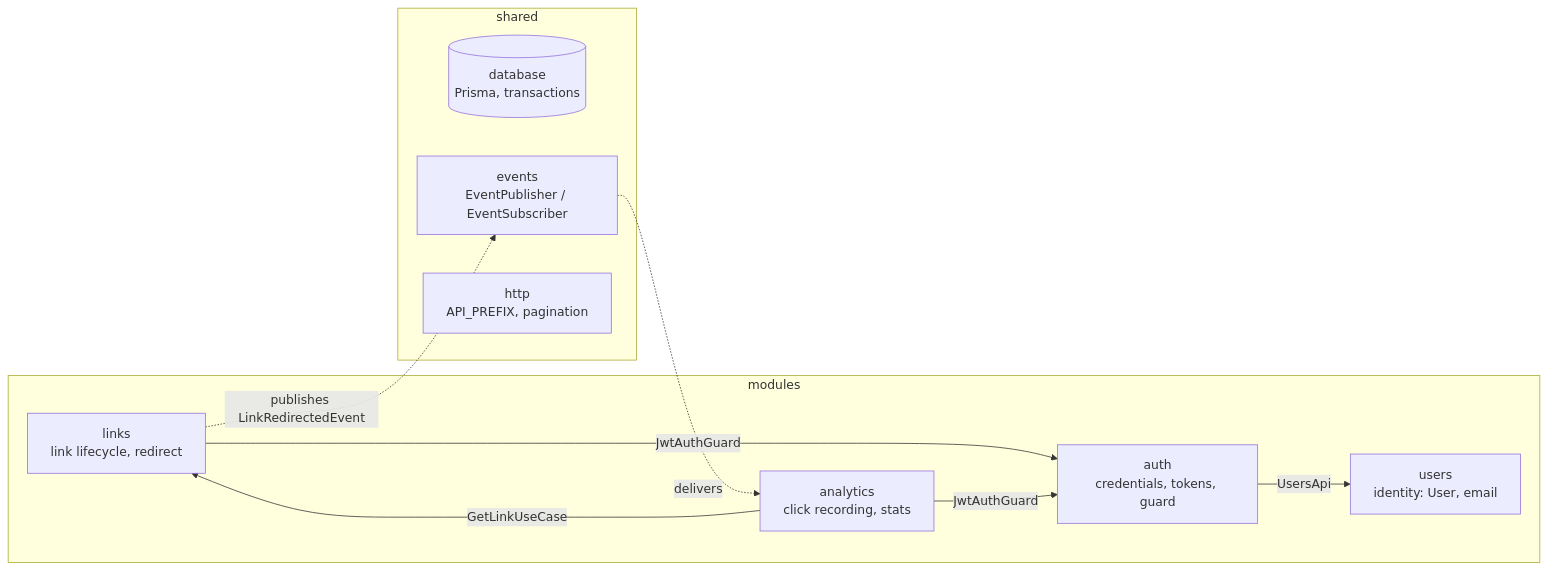
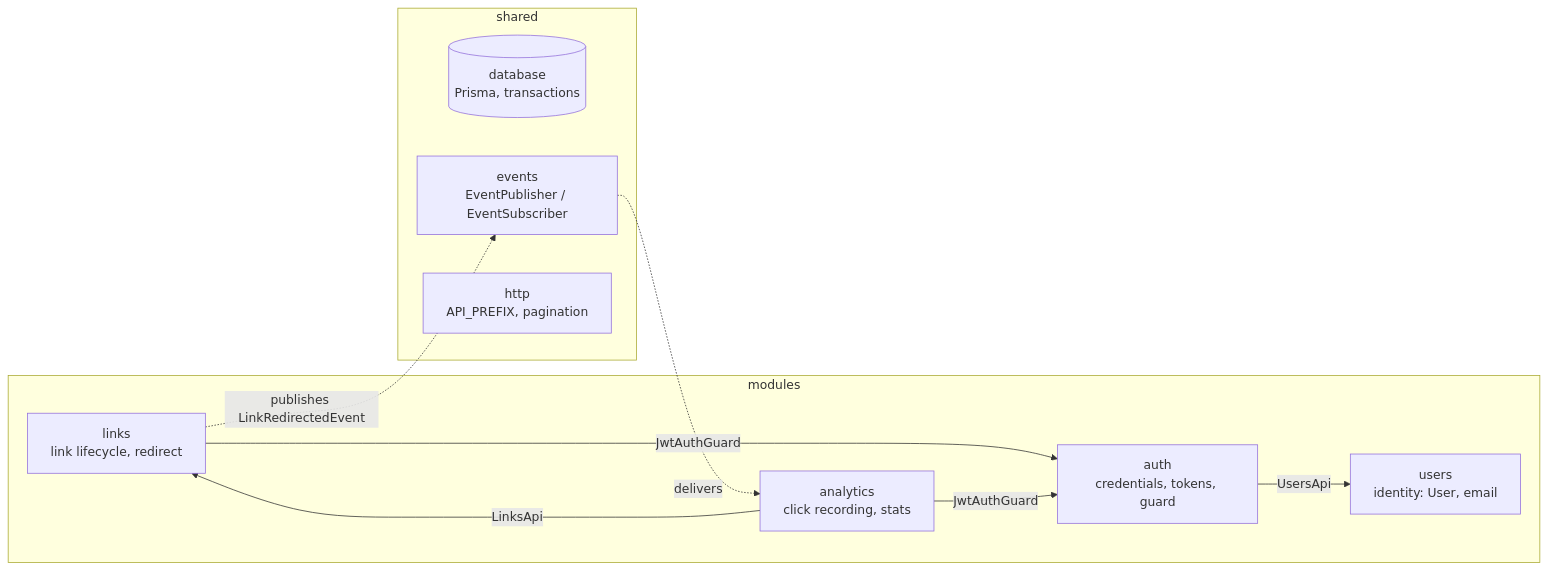
Before and after one commit to redbiiddsun/opsta-assignment: the first of 3 diagrams in README.md, drawn with Mermaid. The commit also changed other lines of this file and 10 other files, not shown here.

First line of the commit message:
feat(links): expose LinksApi contract and document modules as PBCs

````diff
--- a/README.md
+++ b/README.md
@@ -60,21 +61,21 @@
 ```mermaid
 flowchart LR
   subgraph modules
     users[users<br/>identity: User, email]
     auth[auth<br/>credentials, tokens, guard]
     links[links<br/>link lifecycle, redirect]
     analytics[analytics<br/>click recording, stats]
   end
   subgraph shared
     db[(database<br/>Prisma, transactions)]
     events[events<br/>EventPublisher / EventSubscriber]
     http[http<br/>API_PREFIX, pagination]
   end
 
   auth -->|UsersApi| users
   links -->|JwtAuthGuard| auth
   analytics -->|JwtAuthGuard| auth
-  analytics -->|GetLinkUseCase| links
+  analytics -->|LinksApi| links
   links -. publishes LinkRedirectedEvent .-> events
   events -. delivers .-> analytics
 ```
````
